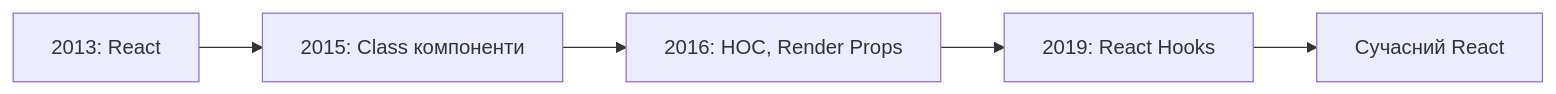
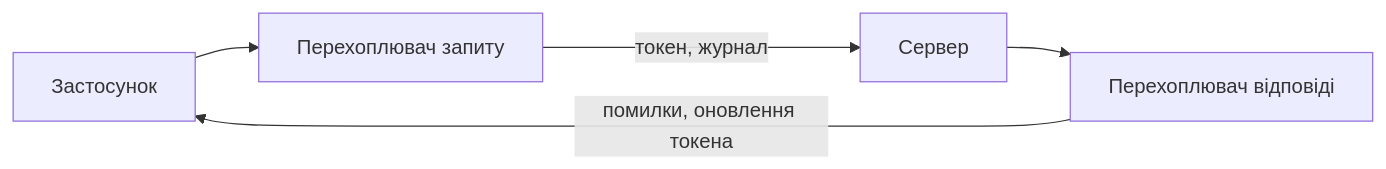
One commit to olroi421/course-web changed the fourth of 7 diagrams in presentations/presentation-10.md. Above: the diagram before and after it, drawn with Mermaid. The commit also changed other lines of this file and 30 other files, not shown here.

````diff
--- a/presentations/presentation-10.md
+++ b/presentations/presentation-10.md
@@ -35,7 +652,7 @@
 ```mermaid
-graph LR
-    A[2013: React] --> B[2015: Class компоненти]
-    B --> C[2016: HOC, Render Props]
-    C --> D[2019: React Hooks]
-    D --> E[Сучасний React]
+flowchart LR
+    A[Застосунок] --> B[Перехоплювач запиту]
+    B -->|токен, журнал| C[Сервер]
+    C --> D[Перехоплювач відповіді]
+    D -->|помилки, оновлення токена| A
 ```
````
